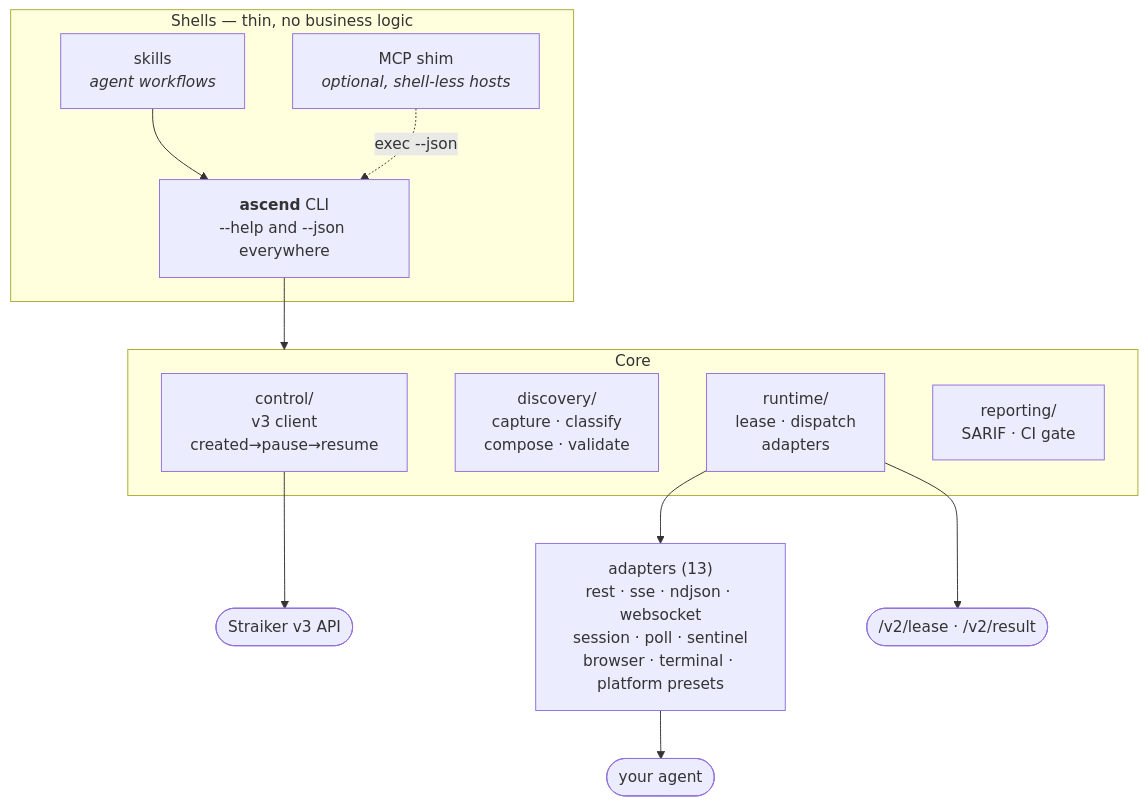
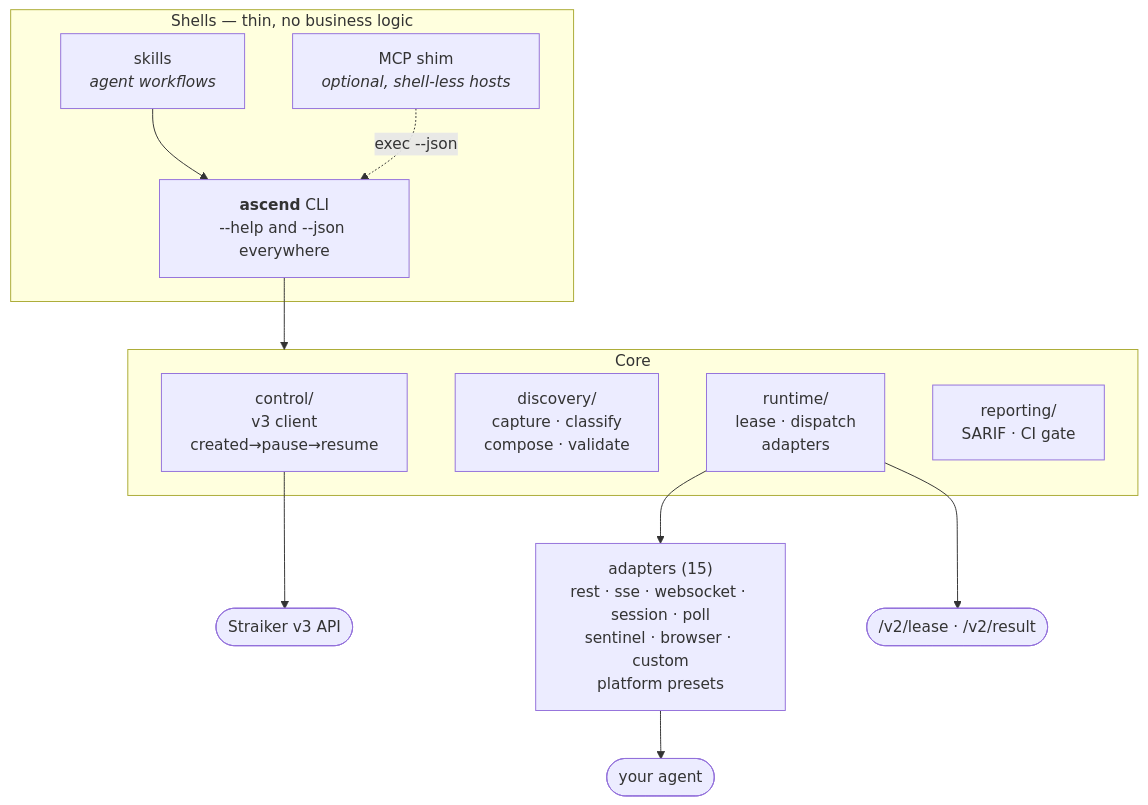
One commit to PhimmStraiker/ascend-cli changed the third of 5 diagrams in docs/ARCHITECTURE.md. Above: the diagram before and after it, drawn with Mermaid. The commit also changed other lines of this file and 33 other files, not shown here.

First line of the commit message:
Resolve configs consistently, and make the docs and diagrams describe 1.1 (#29)

````diff
--- a/docs/ARCHITECTURE.md
+++ b/docs/ARCHITECTURE.md
@@ -84,21 +92,21 @@
 ```mermaid
 flowchart TB
     subgraph shells["Shells — thin, no business logic"]
         CLI["<b>ascend</b> CLI<br/>--help and --json everywhere"]
         SK["skills<br/><i>agent workflows</i>"]
         MCP["MCP shim<br/><i>optional, shell-less hosts</i>"]
     end
     subgraph core["Core"]
         CTRL["control/<br/>v3 client<br/>created→pause→resume"]
         DISC["discovery/<br/>capture · classify<br/>compose · validate"]
         RT["runtime/<br/>lease · dispatch<br/>adapters"]
         ENT["reporting/<br/>SARIF · CI gate"]
     end
-    AD["adapters (13)<br/>rest · sse · ndjson · websocket<br/>session · poll · sentinel<br/>browser · terminal · platform presets"]
+    AD["adapters (15)<br/>rest · sse · websocket · session · poll<br/>sentinel · browser · custom<br/>platform presets"]
     CLI --> core
     SK --> CLI
     MCP -.->|exec --json| CLI
     RT --> AD --> TGT(["your agent"])
     CTRL --> SAPI(["Straiker v3 API"])
     RT --> SBR(["/v2/lease · /v2/result"])
 ```
````
